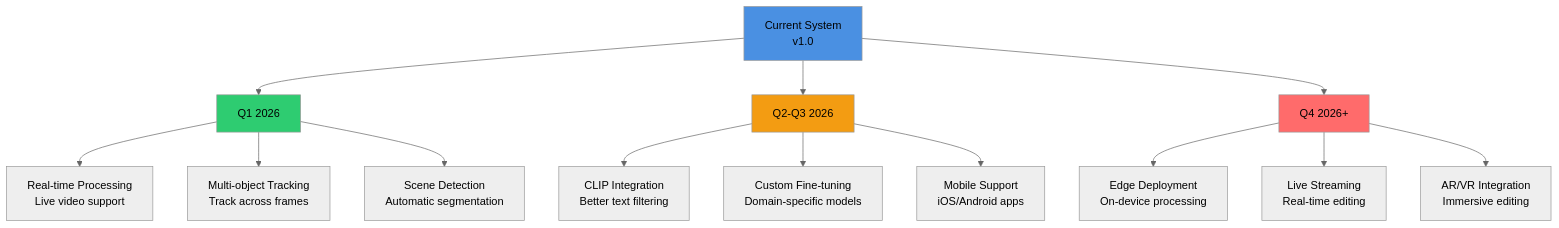
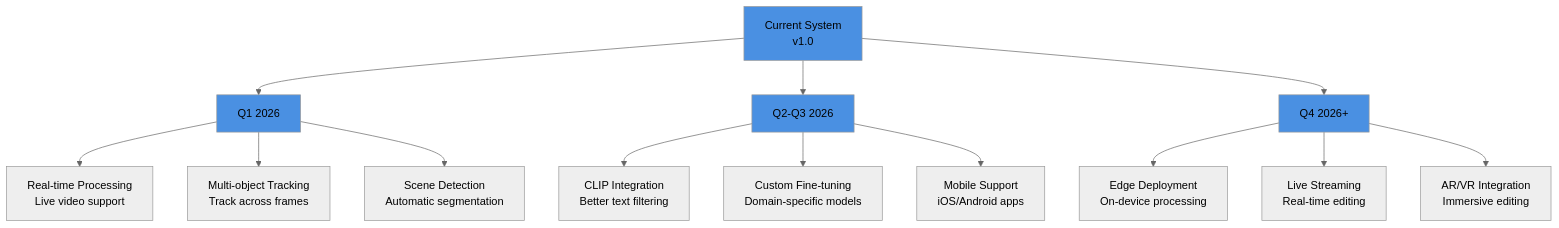
Before and after one commit to Omenranr/rag-video: diagram 34 of 35 in README.md, drawn with Mermaid (neutral theme).

````diff
--- a/README.md
+++ b/README.md
@@ -978,23 +978,23 @@
 ```mermaid
 graph TB
     A[Current System<br/>v1.0] --> B[Q1 2026]
     A --> C[Q2-Q3 2026]
     A --> D[Q4 2026+]
     
     B --> B1[Real-time Processing<br/>Live video support]
     B --> B2[Multi-object Tracking<br/>Track across frames]
     B --> B3[Scene Detection<br/>Automatic segmentation]
     
     C --> C1[CLIP Integration<br/>Better text filtering]
     C --> C2[Custom Fine-tuning<br/>Domain-specific models]
     C --> C3[Mobile Support<br/>iOS/Android apps]
     
     D --> D1[Edge Deployment<br/>On-device processing]
     D --> D2[Live Streaming<br/>Real-time editing]
     D --> D3[AR/VR Integration<br/>Immersive editing]
     
     style A fill:#4a90e2
-    style B fill:#2ecc71
-    style C fill:#f39c12
-    style D fill:#ff6b6b
+    style B fill:#4a90e2
+    style C fill:#4a90e2
+    style D fill:#4a90e2
 ```
````
